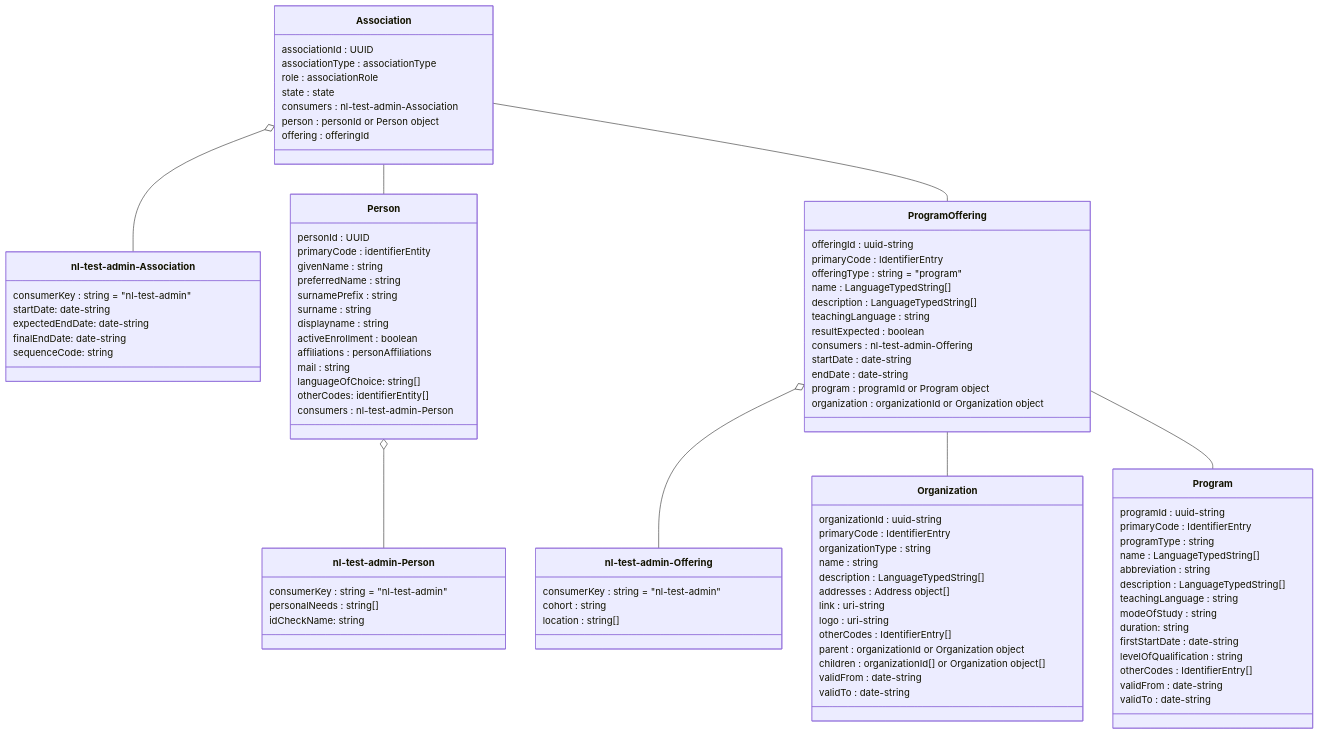
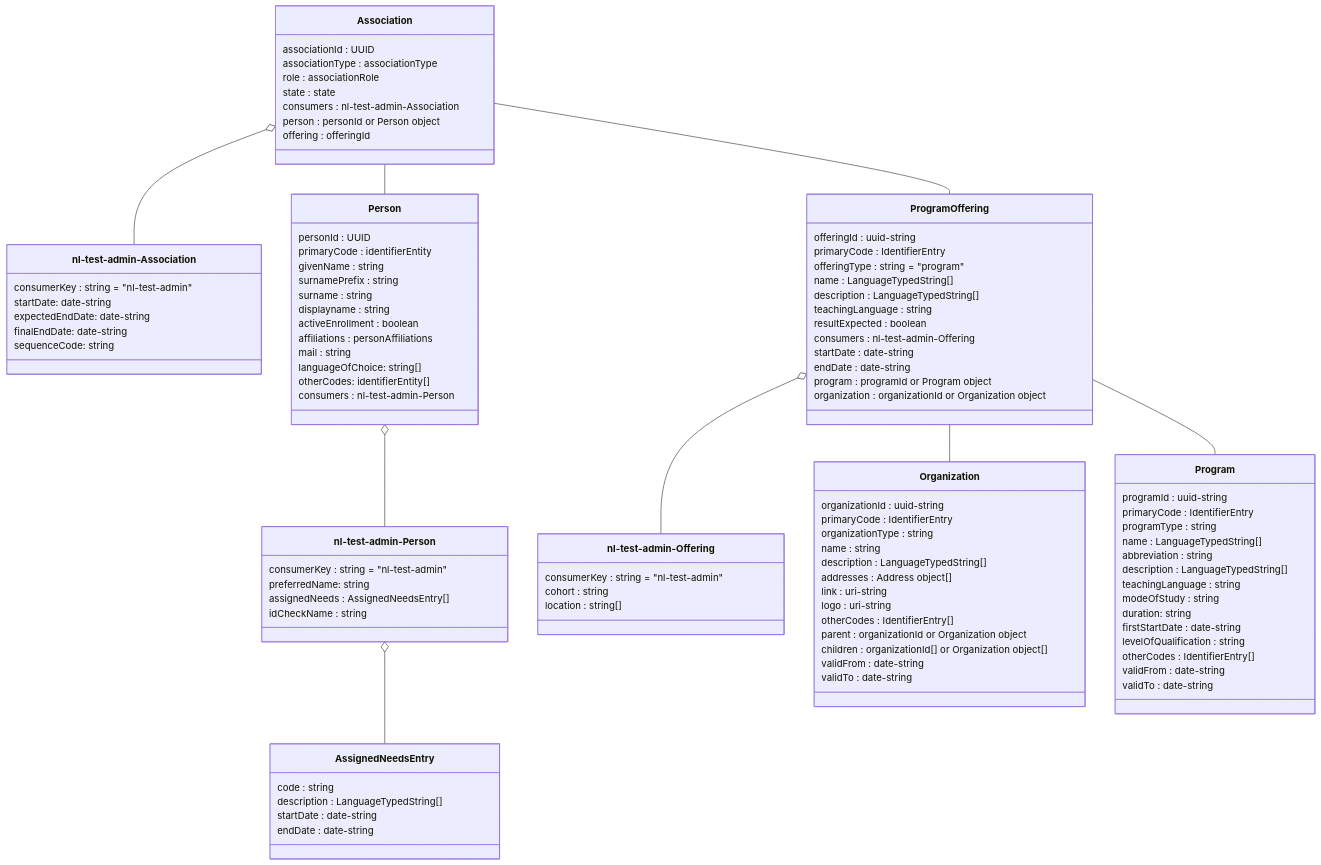
Diagram 15 of 15 in doc/flow1.md (NetwerkExamineringDigitalisering/NED-OOAPI), drawn with Mermaid before and after one commit. The commit also changed other lines of this file and 2 other files, not shown here.

Commit message:
update flows for startUpURL, person consumer adjustments and memberships

````diff
--- a/doc/flow1.md
+++ b/doc/flow1.md
@@ -766,7 +765,6 @@
 		personId : UUID
 		primaryCode : identifierEntity
 		givenName : string
-		preferredName : string
 		surnamePrefix : string 
 		surname : string
 		displayname : string
@@ -777,10 +775,17 @@
 		otherCodes: identifierEntity[]
 		consumers : nl-test-admin-Person
     }
-	class `nl-test-admin-Person` {
+    class `nl-test-admin-Person` {
     	consumerKey : string = "nl-test-admin"
-	    personalNeeds : string[]
-        idCheckName: string
+        preferredName: string
+    	assignedNeeds : AssignedNeedsEntry[]
+	    idCheckName : string
+    }
+    class AssignedNeedsEntry {
+		code : string
+	    description : LanguageTypedString[]
+	    startDate : date-string
+	    endDate : date-string
     }
     class ProgramOffering {
         offeringId : uuid-string
@@ -839,4 +844,5 @@
     Association -- Person
     Association -- ProgramOffering
 	Person o-- `nl-test-admin-Person`
+    `nl-test-admin-Person` o-- AssignedNeedsEntry
 ```
````
